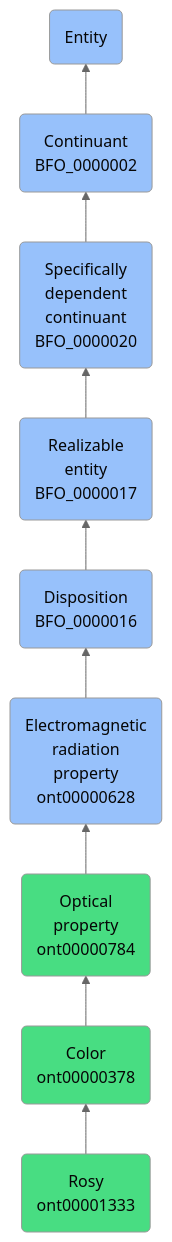
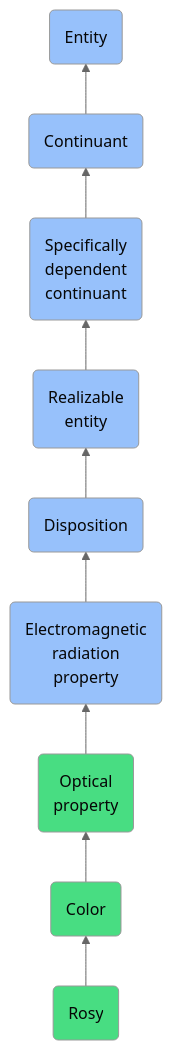
The diagram in docs/ontology/reference/model/Entity/Continuant/Specifically dependent continuant/Realizable entity/Disposition/Electromagnetic radiation property/Optical property/Color/Rosy/Rosy.md (jupyter-naas/abi), drawn with Mermaid (neutral theme) before and after one commit. The commit also changed other lines of this file and 1430 other files, not shown here.

````diff
--- a/docs/ontology/reference/model/Entity/Continuant/Specifically dependent continuant/Realizable entity/Disposition/Electromagnetic radiation property/Optical property/Color/Rosy/Rosy.md
+++ b/docs/ontology/reference/model/Entity/Continuant/Specifically dependent continuant/Realizable entity/Disposition/Electromagnetic radiation property/Optical property/Color/Rosy/Rosy.md
@@ -24,16 +24,16 @@
 ```mermaid
 graph BT
-    ont00001333(Rosy<br>ont00001333):::ABI-->ont00000378
-    ont00000378(Color<br>ont00000378):::ABI-->ont00000784
-    ont00000784(Optical<br>property<br>ont00000784):::ABI-->ont00000628
-    ont00000628(Electromagnetic<br>radiation<br>property<br>ont00000628):::BFO-->BFO_0000016
-    BFO_0000016(Disposition<br>BFO_0000016):::BFO-->BFO_0000017
-    BFO_0000017(Realizable<br>entity<br>BFO_0000017):::BFO-->BFO_0000020
-    BFO_0000020(Specifically<br>dependent<br>continuant<br>BFO_0000020):::BFO-->BFO_0000002
-    BFO_0000002(Continuant<br>BFO_0000002):::BFO-->BFO_0000001
+    ont00001333(Rosy):::ABI-->ont00000378
+    ont00000378(Color):::ABI-->ont00000784
+    ont00000784(Optical<br>property):::ABI-->ont00000628
+    ont00000628(Electromagnetic<br>radiation<br>property):::BFO-->BFO_0000016
+    BFO_0000016(Disposition):::BFO-->BFO_0000017
+    BFO_0000017(Realizable<br>entity):::BFO-->BFO_0000020
+    BFO_0000020(Specifically<br>dependent<br>continuant):::BFO-->BFO_0000002
+    BFO_0000002(Continuant):::BFO-->BFO_0000001
     BFO_0000001(Entity):::BFO
     
     classDef BFO fill:#97c1fb,color:#060606
     classDef CCO fill:#e4c51e,color:#060606
     classDef ABI fill:#48DD82,color:#060606
 ```
````
